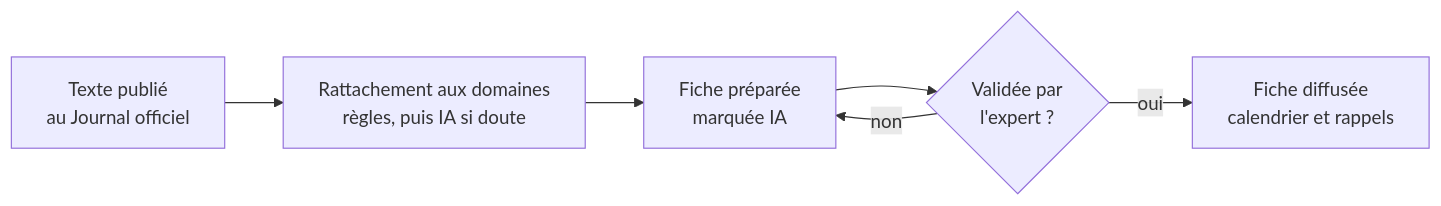
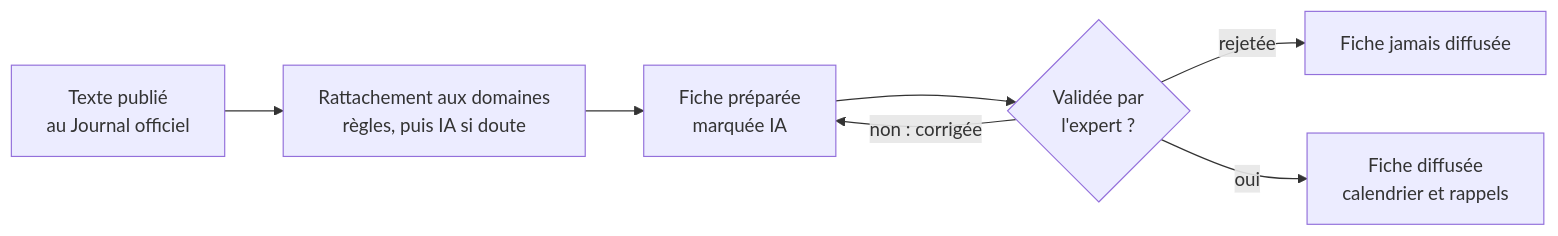
Before and after one commit to FTurleque/argos-tech-platform: the diagram in docs/specifications/veille-reglementaire.md, drawn with Mermaid. The commit also changed other lines of this file and 12 other files, not shown here.

````diff
--- a/docs/specifications/veille-reglementaire.md
+++ b/docs/specifications/veille-reglementaire.md
@@ -79,8 +93,9 @@
 ```mermaid
 flowchart LR
     A["Texte publié<br/>au Journal officiel"] --> B["Rattachement aux domaines<br/>règles, puis IA si doute"]
     B --> C["Fiche préparée<br/>marquée IA"]
     C --> D{"Validée par<br/>l'expert ?"}
-    D -- "non" --> C
+    D -- "non : corrigée" --> C
+    D -- "rejetée" --> F["Fiche jamais diffusée"]
     D -- "oui" --> E["Fiche diffusée<br/>calendrier et rappels"]
 ```
````
